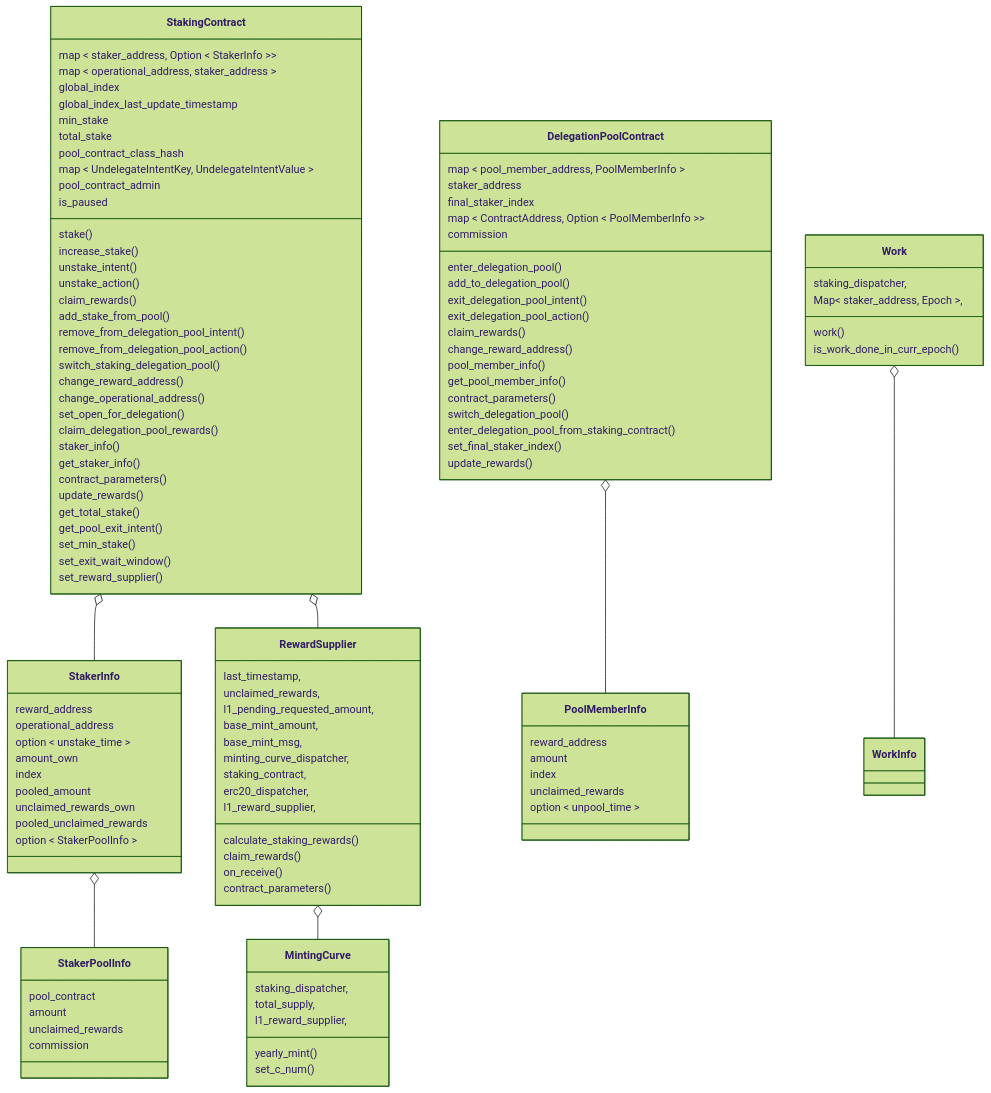
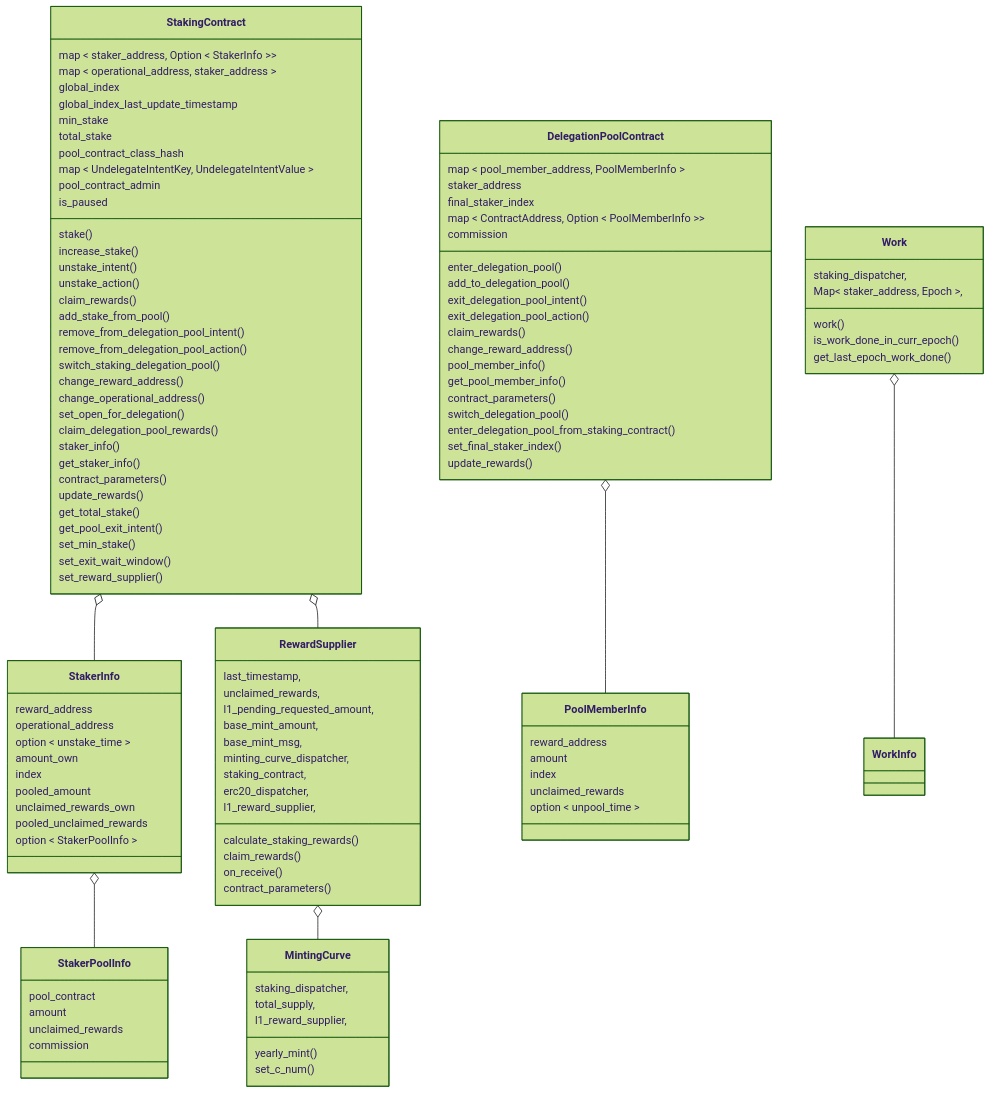
Before and after one commit to starkware-libs/starknet-staking: the first of 8 diagrams in workspace/apps/staking/docs/spec.md, drawn with Mermaid (forest theme). The commit also changed other lines of this file and 3 other files, not shown here.

```diff
--- a/workspace/apps/staking/docs/spec.md
+++ b/workspace/apps/staking/docs/spec.md
@@ -285,6 +287,7 @@
     Map< staker_address, Epoch >,
     work()
     is_work_done_in_curr_epoch()
+    get_last_epoch_work_done()
   }
   class WorkInfo{
   }
```
